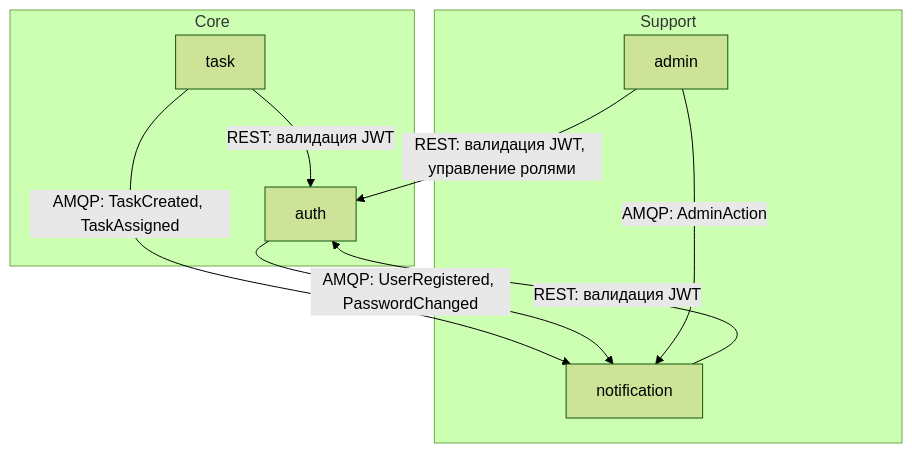
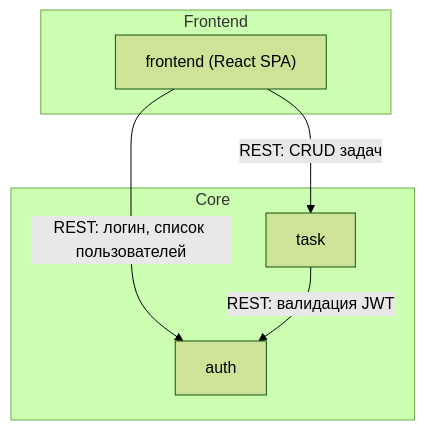
One commit to NSEvteev/FullSpec changed the diagram in specs/docs/.system/overview.md. Above: the diagram before and after it, drawn with Mermaid (forest theme). The commit also changed other lines of this file and 37 other files, not shown here.

````diff
--- a/specs/docs/.system/overview.md
+++ b/specs/docs/.system/overview.md
@@ -29,18 +23,14 @@
 ```mermaid
 graph TD
     subgraph "Core"
         AUTH["auth"]
         TASK["task"]
     end
-    subgraph "Support"
-        NOTIF["notification"]
-        ADMIN["admin"]
+    subgraph "Frontend"
+        FRONT["frontend (React SPA)"]
     end
 
+    FRONT -->|"REST: логин, список пользователей"| AUTH
+    FRONT -->|"REST: CRUD задач"| TASK
     TASK -->|"REST: валидация JWT"| AUTH
-    NOTIF -->|"REST: валидация JWT"| AUTH
-    ADMIN -->|"REST: валидация JWT, управление ролями"| AUTH
-    TASK -->|"AMQP: TaskCreated, TaskAssigned"| NOTIF
-    AUTH -->|"AMQP: UserRegistered, PasswordChanged"| NOTIF
-    ADMIN -->|"AMQP: AdminAction"| NOTIF
 ```
````
